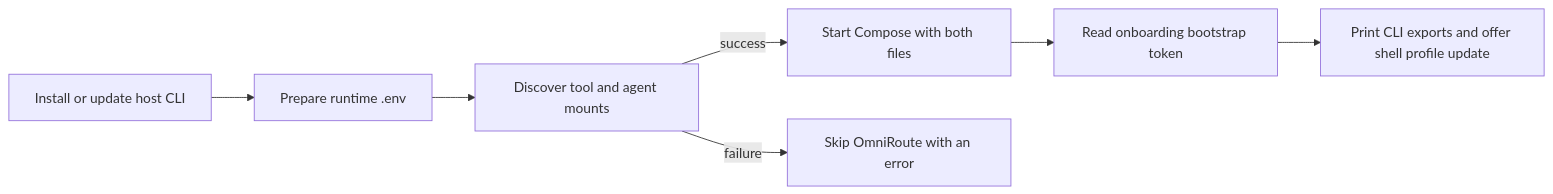
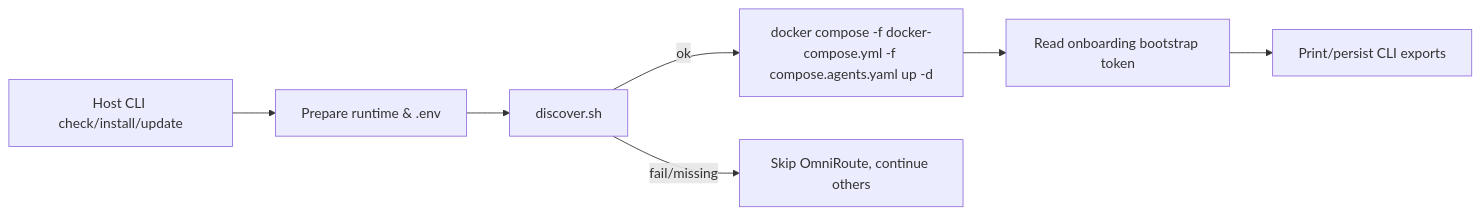
Before and after one commit to Armoghans-Organization/Omarchy-Tweaker: the third of 3 diagrams in docs/containers.md, drawn with Mermaid. The commit also changed other lines of this file and 10 other files, not shown here.

````diff
--- a/docs/containers.md
+++ b/docs/containers.md
@@ -319,9 +344,9 @@
-```mermaid
-flowchart LR
-    A[Install or update host CLI] --> B[Prepare runtime .env]
-    B --> C[Discover tool and agent mounts]
-    C -- success --> D[Start Compose with both files]
-    C -- failure --> X[Skip OmniRoute with an error]
-    D --> E[Read onboarding bootstrap token]
-    E --> F[Print CLI exports and offer shell profile update]
-```
+    ```mermaid
+    flowchart LR
+      A[Host CLI check/install/update] --> B[Prepare runtime & .env]
+      B --> C[discover.sh]
+      C -->|ok| D[docker compose -f docker-compose.yml -f compose.agents.yaml up -d]
+      C -->|fail/missing| X[Skip OmniRoute, continue others]
+      D --> E[Read onboarding bootstrap token]
+      E --> F[Print/persist CLI exports]
+    ```
````
